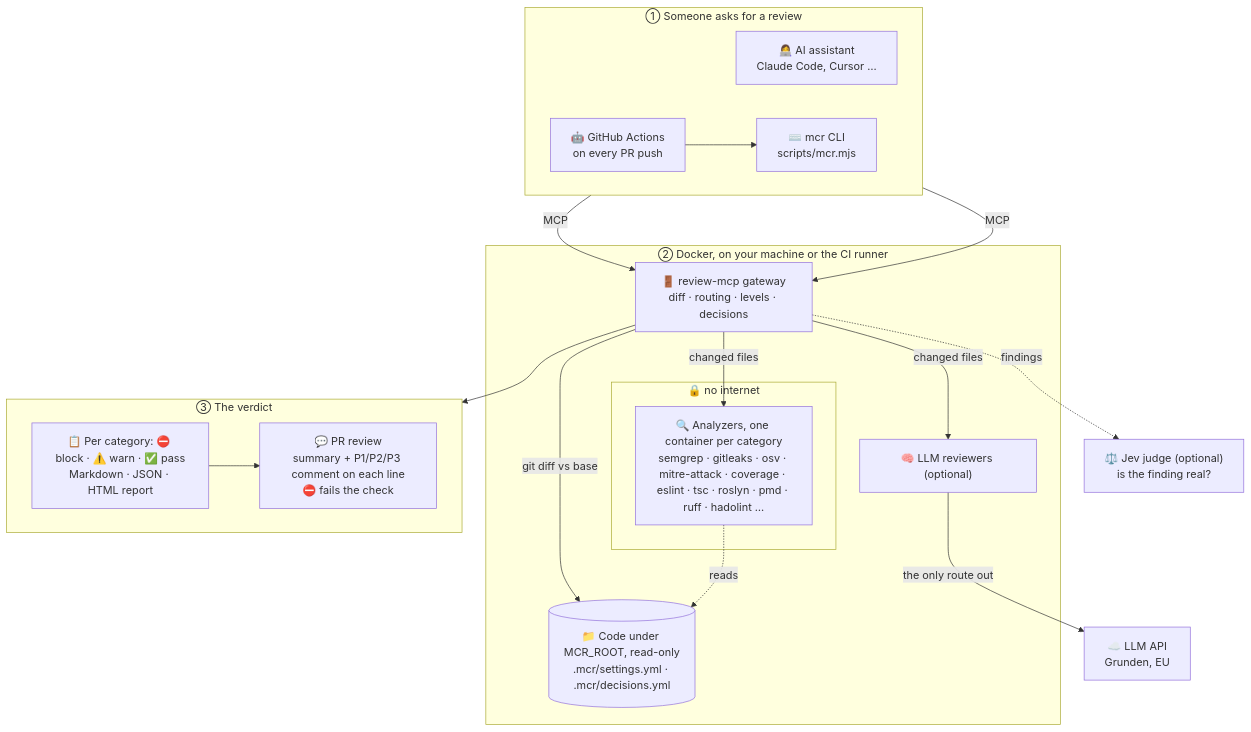
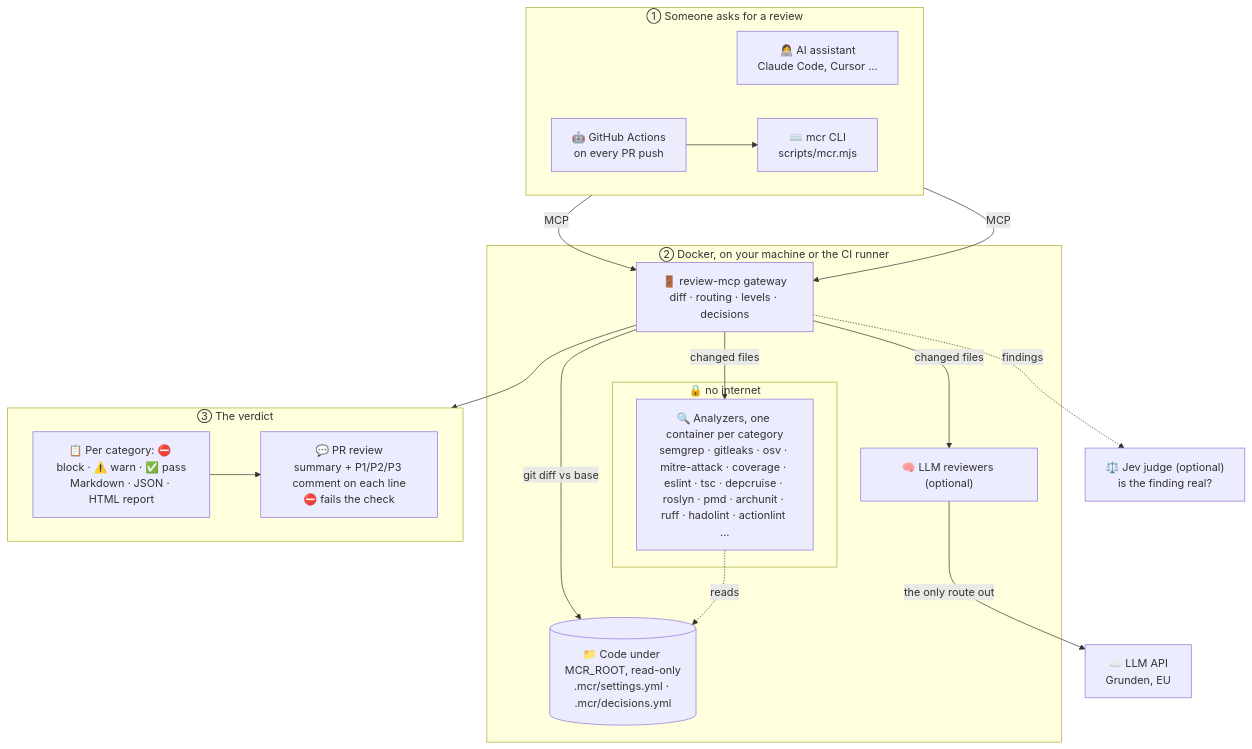
The diagram in README.md (phassle/multi-code-review), drawn with Mermaid before and after one commit. The commit also changed other lines of this file and 5 other files, not shown here.

Commit message:
Wire the architecture analyzers and actionlint into compose, catalog, detection and docs

````diff
--- a/README.md
+++ b/README.md
@@ -105,39 +105,39 @@
 ```mermaid
 flowchart TB
     subgraph ask["① Someone asks for a review"]
         direction LR
         dev["👩‍💻 AI assistant<br/>Claude Code, Cursor …"]
         ci["🤖 GitHub Actions<br/>on every PR push"]
         cli["⌨️ mcr CLI<br/>scripts/mcr.mjs"]
         ci --> cli
     end
 
     subgraph box["② Docker, on your machine or the CI runner"]
         gw["🚪 review-mcp gateway<br/>diff · routing · levels · decisions"]
         repo[("📁 Code under MCR_ROOT, read-only<br/>.mcr/settings.yml · .mcr/decisions.yml")]
         subgraph net["🔒 no internet"]
-            an["🔍 Analyzers, one container per category<br/>semgrep · gitleaks · osv · mitre-attack · coverage · eslint · tsc · roslyn · pmd · ruff · hadolint …"]
+            an["🔍 Analyzers, one container per category<br/>semgrep · gitleaks · osv · mitre-attack · coverage · eslint · tsc · depcruise · roslyn · pmd · archunit · ruff · hadolint · actionlint …"]
         end
         llm["🧠 LLM reviewers (optional)"]
     end
 
     api["☁️ LLM API<br/>Grunden, EU"]
     jev["⚖️ Jev judge (optional)<br/>is the finding real?"]
 
     subgraph result["③ The verdict"]
         direction LR
         md["📋 Per category: ⛔ block · ⚠️ warn · ✅ pass<br/>Markdown · JSON · HTML report"]
         pr["💬 PR review<br/>summary + P1/P2/P3 comment on each line<br/>⛔ fails the check"]
         md --> pr
     end
 
     dev -- MCP --> gw
     cli -- MCP --> gw
     gw -- git diff vs base --> repo
     gw -- changed files --> an
     an -. reads .-> repo
     gw -- changed files --> llm
     llm -- the only route out --> api
     gw -. findings .-> jev
     gw --> md
 ```
````
